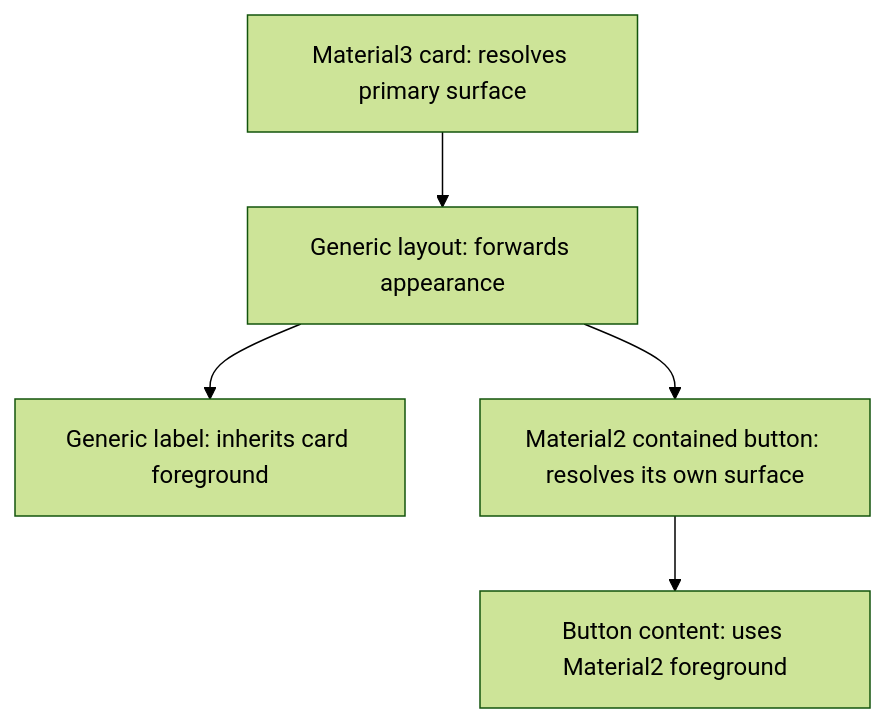
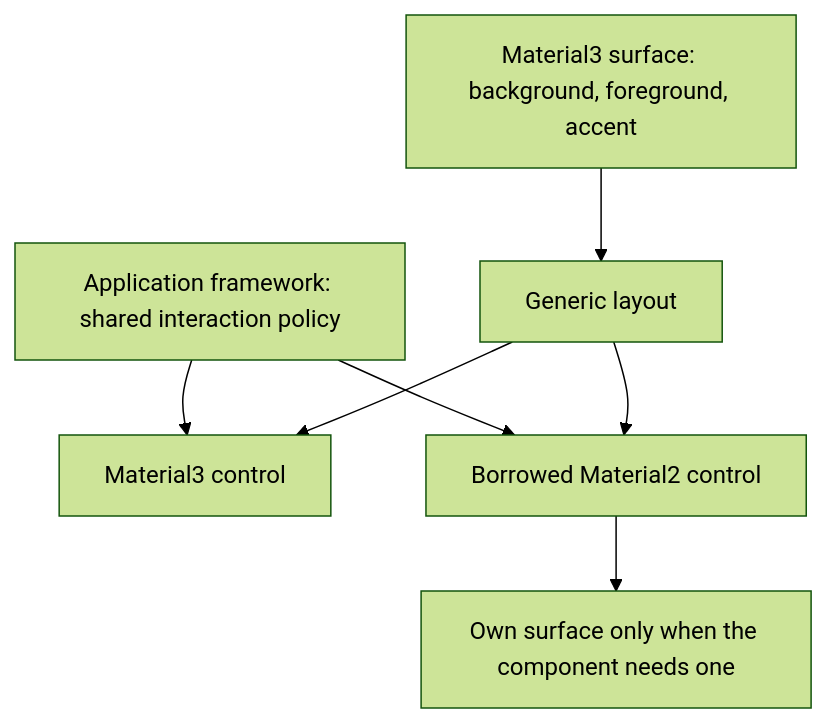
The diagram in docs/design/proposed/optional_design_systems_design.md (dejwk/roo_windows), drawn with Mermaid (forest theme) before and after one commit. The commit also changed other lines of this file and 1 other file, not shown here.

````diff
--- a/docs/design/proposed/optional_design_systems_design.md
+++ b/docs/design/proposed/optional_design_systems_design.md
@@ -113,7 +129,9 @@
 ```mermaid
 flowchart TD
-  A[Material3 card: resolves primary surface] --> B[Generic layout: forwards appearance]
-  B --> C[Generic label: inherits card foreground]
-  B --> D[Material2 contained button: resolves its own surface]
-  D --> E[Button content: uses Material2 foreground]
+  T[Application framework: shared interaction policy] --> M3[Material3 control]
+  T --> M2[Borrowed Material2 control]
+  S[Material3 surface: background, foreground, accent] --> L[Generic layout]
+  L --> M3
+  L --> M2
+  M2 --> C[Own surface only when the component needs one]
 ```
````
